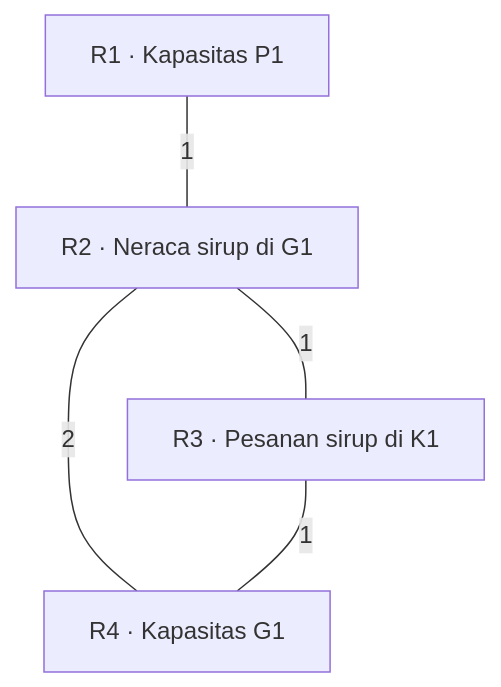
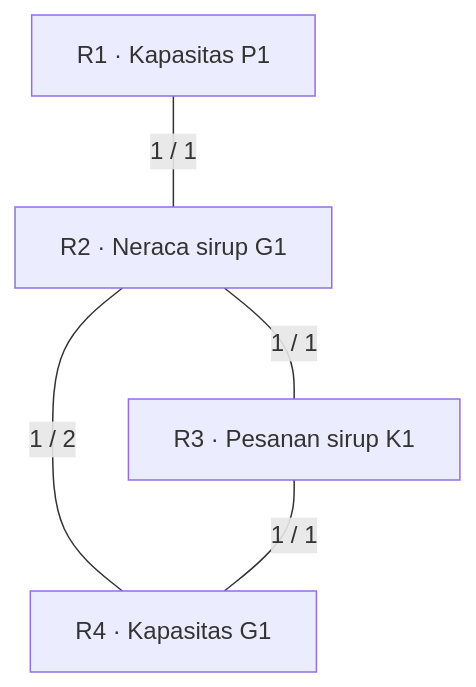
Before and after one commit to kiittkiidd/Lampiran-Model-Matematika-Tesis: the diagram in Lampiran_WCC.md, drawn with Mermaid. The commit also changed other lines of this file, not shown here.

````diff
--- a/Lampiran_WCC.md
+++ b/Lampiran_WCC.md
@@ -49,7 +54,7 @@
 ```mermaid
 flowchart TB
-    R1["R1 · Kapasitas P1"] ---|1| R2["R2 · Neraca sirup di G1"]
-    R2 ---|1| R3["R3 · Pesanan sirup di K1"]
-    R2 ---|2| R4["R4 · Kapasitas G1"]
-    R3 ---|1| R4
+    R1["R1 · Kapasitas P1"] ---|1 / 1| R2["R2 · Neraca sirup G1"]
+    R2 ---|1 / 1| R3["R3 · Pesanan sirup K1"]
+    R2 ---|1 / 2| R4["R4 · Kapasitas G1"]
+    R3 ---|1 / 1| R4
 ```
````
